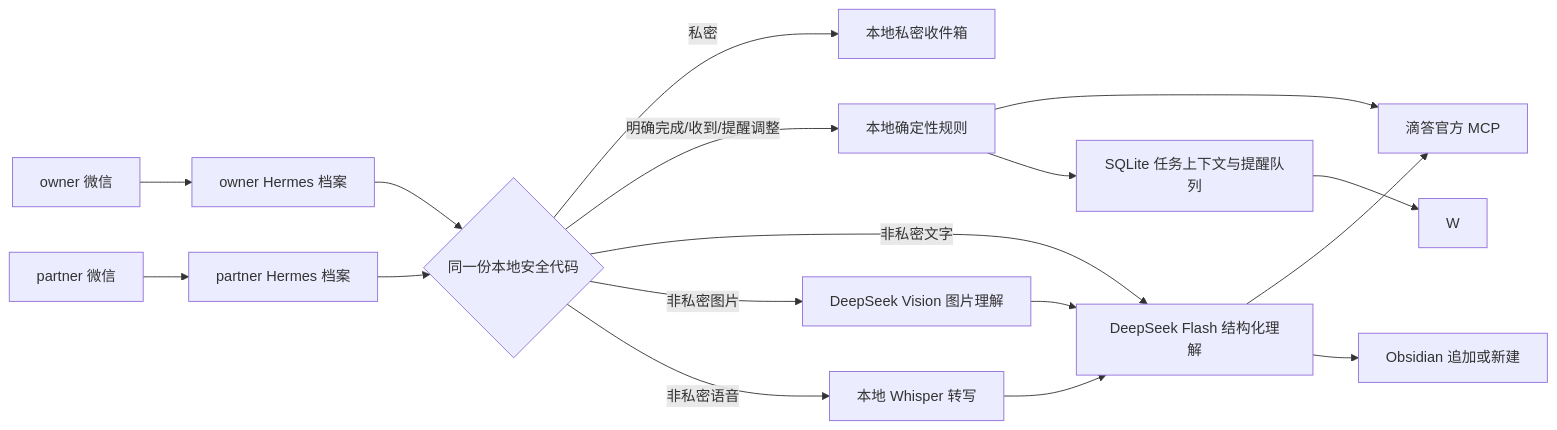
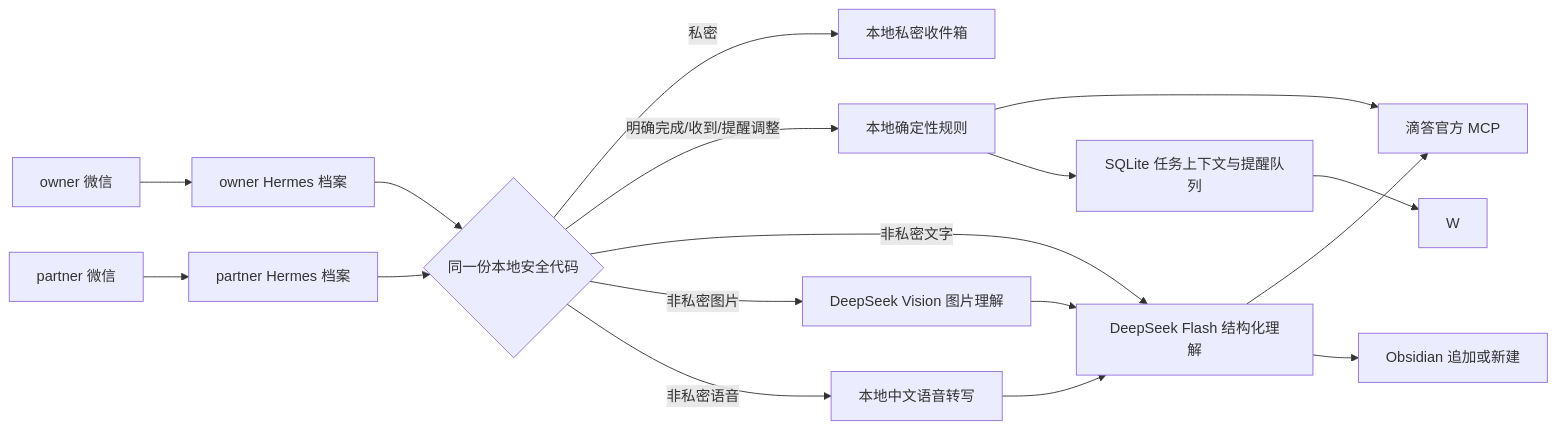
Before and after one commit to anvajhhf/wechat-ai-secretary: the diagram in README.md, drawn with Mermaid. The commit also changed other lines of this file and 33 other files, not shown here.

````diff
--- a/README.md
+++ b/README.md
@@ -9,19 +9,19 @@
 ```mermaid
 flowchart LR
     O[owner 微信] --> GO[owner Hermes 档案]
     X[partner 微信] --> GP[partner Hermes 档案]
     GO --> P{同一份本地安全代码}
     GP --> P
     P -->|私密| L[本地私密收件箱]
     P -->|明确完成/收到/提醒调整| R[本地确定性规则]
     P -->|非私密文字| D[DeepSeek Flash 结构化理解]
     P -->|非私密图片| V[DeepSeek Vision 图片理解]
-    P -->|非私密语音| S[本地 Whisper 转写]
+    P -->|非私密语音| S[本地中文语音转写]
     V --> D
     S --> D
     D --> T[滴答官方 MCP]
     D --> OB[Obsidian 追加或新建]
     R --> T
     R --> Q[SQLite 任务上下文与提醒队列]
     Q --> W
 ```
````
